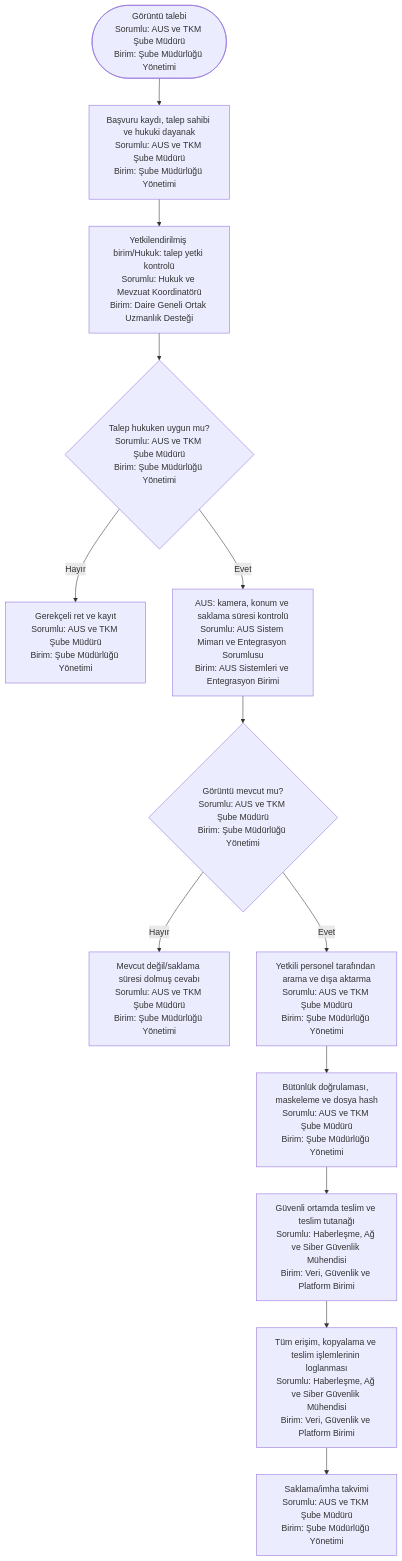
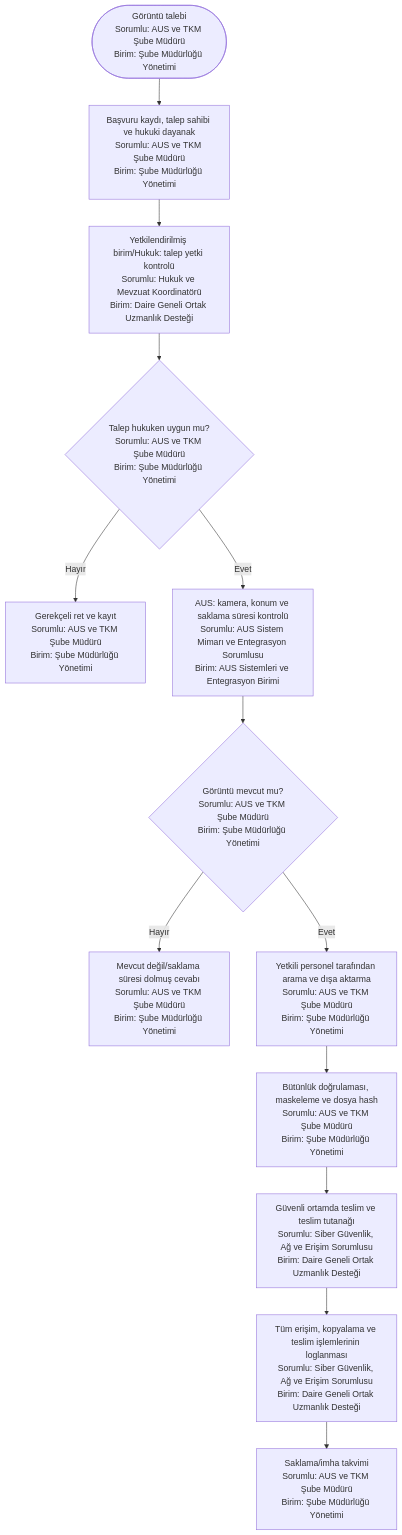
Before and after one commit to merdaergen-create/Ulasim_Dairesi_Is_Analizi: the fourth of 5 diagrams in 15_yalin_surec_haritalari/akilli_ulasim/README.md, drawn with Mermaid. The commit also changed other lines of this file and 7 other files, not shown here.

````diff
--- a/15_yalin_surec_haritalari/akilli_ulasim/README.md
+++ b/15_yalin_surec_haritalari/akilli_ulasim/README.md
@@ -123,15 +123,15 @@
 ```mermaid
 flowchart TD
     A([Görüntü talebi<br/>Sorumlu: AUS ve TKM Şube Müdürü<br/>Birim: Şube Müdürlüğü Yönetimi]) --> B[Başvuru kaydı, talep sahibi ve hukuki dayanak<br/>Sorumlu: AUS ve TKM Şube Müdürü<br/>Birim: Şube Müdürlüğü Yönetimi]
     B --> C[Yetkilendirilmiş birim/Hukuk: talep yetki kontrolü<br/>Sorumlu: Hukuk ve Mevzuat Koordinatörü<br/>Birim: Daire Geneli Ortak Uzmanlık Desteği]
     C --> D{Talep hukuken uygun mu?<br/>Sorumlu: AUS ve TKM Şube Müdürü<br/>Birim: Şube Müdürlüğü Yönetimi}
     D -- Hayır --> E[Gerekçeli ret ve kayıt<br/>Sorumlu: AUS ve TKM Şube Müdürü<br/>Birim: Şube Müdürlüğü Yönetimi]
     D -- Evet --> F[AUS: kamera, konum ve saklama süresi kontrolü<br/>Sorumlu: AUS Sistem Mimarı ve Entegrasyon Sorumlusu<br/>Birim: AUS Sistemleri ve Entegrasyon Birimi]
     F --> G{Görüntü mevcut mu?<br/>Sorumlu: AUS ve TKM Şube Müdürü<br/>Birim: Şube Müdürlüğü Yönetimi}
     G -- Hayır --> H[Mevcut değil/saklama süresi dolmuş cevabı<br/>Sorumlu: AUS ve TKM Şube Müdürü<br/>Birim: Şube Müdürlüğü Yönetimi]
     G -- Evet --> I[Yetkili personel tarafından arama ve dışa aktarma<br/>Sorumlu: AUS ve TKM Şube Müdürü<br/>Birim: Şube Müdürlüğü Yönetimi]
     I --> J[Bütünlük doğrulaması, maskeleme ve dosya hash<br/>Sorumlu: AUS ve TKM Şube Müdürü<br/>Birim: Şube Müdürlüğü Yönetimi]
-    J --> K[Güvenli ortamda teslim ve teslim tutanağı<br/>Sorumlu: Haberleşme, Ağ ve Siber Güvenlik Mühendisi<br/>Birim: Veri, Güvenlik ve Platform Birimi]
-    K --> L[Tüm erişim, kopyalama ve teslim işlemlerinin loglanması<br/>Sorumlu: Haberleşme, Ağ ve Siber Güvenlik Mühendisi<br/>Birim: Veri, Güvenlik ve Platform Birimi]
+    J --> K[Güvenli ortamda teslim ve teslim tutanağı<br/>Sorumlu: Siber Güvenlik, Ağ ve Erişim Sorumlusu<br/>Birim: Daire Geneli Ortak Uzmanlık Desteği]
+    K --> L[Tüm erişim, kopyalama ve teslim işlemlerinin loglanması<br/>Sorumlu: Siber Güvenlik, Ağ ve Erişim Sorumlusu<br/>Birim: Daire Geneli Ortak Uzmanlık Desteği]
     L --> M[Saklama/imha takvimi<br/>Sorumlu: AUS ve TKM Şube Müdürü<br/>Birim: Şube Müdürlüğü Yönetimi]
 ```
````
